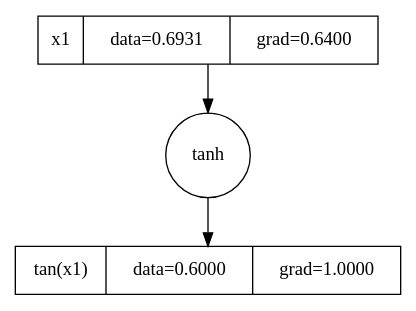
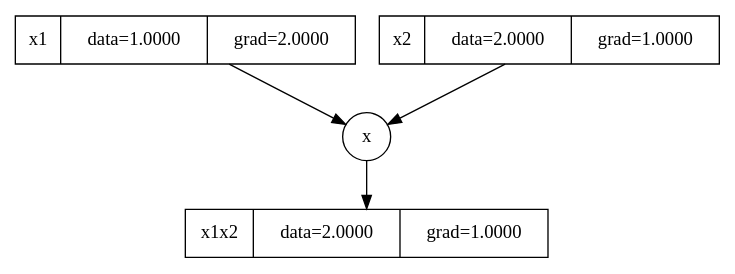
One commit to khorchanov/micrograd-rs changed the diagram in computation_graph.dot. Above: the diagram before and after it, drawn with Graphviz. The commit also changed 3 other files, not shown here.

```diff
--- a/computation_graph.dot
+++ b/computation_graph.dot
@@ -1,7 +1,9 @@
 strict digraph computation_graph {
-  n0[label="tan(x1)|data=0.6000|grad=1.0000",shape=record]
-  n0_op[label="tanh",shape=circle]
+  n0[label="x1x2|data=2.0000|grad=1.0000",shape=record]
+  n0_op[label="x",shape=circle]
   n0_op -> n0
   n1 -> n0_op
-  n1[label="x1|data=0.6931|grad=0.6400",shape=record]
+  n1[label="x1|data=1.0000|grad=2.0000",shape=record]
+  n2 -> n0_op
+  n2[label="x2|data=2.0000|grad=1.0000",shape=record]
 }
```
